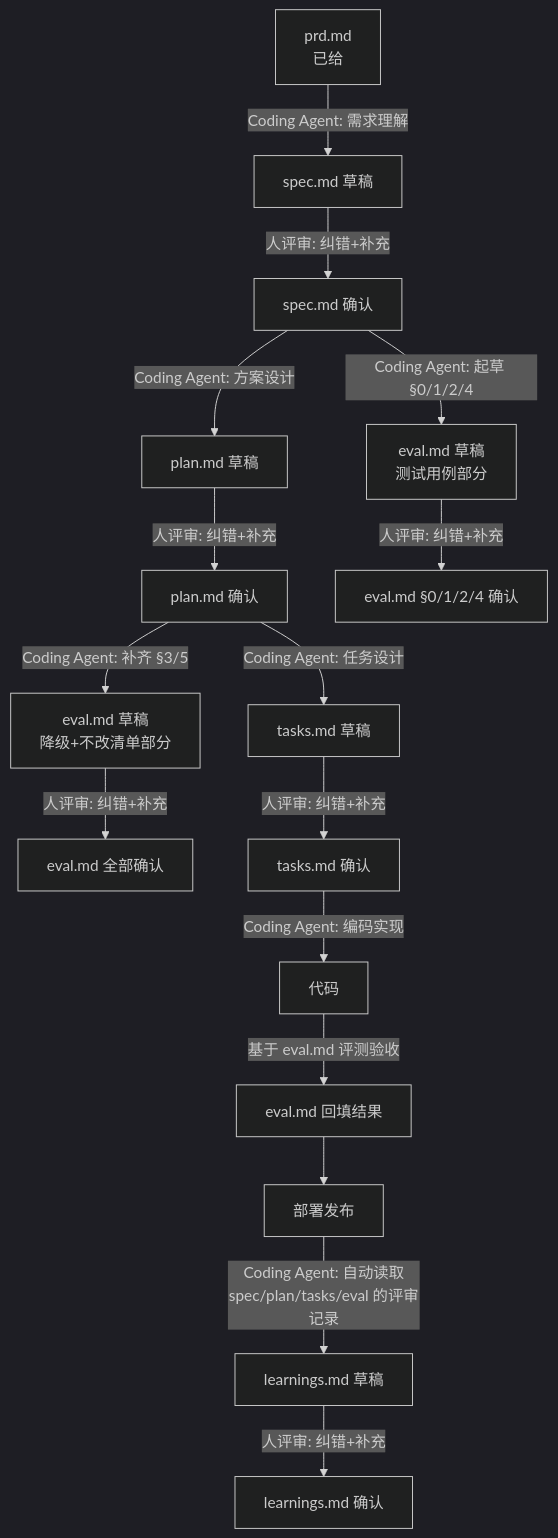
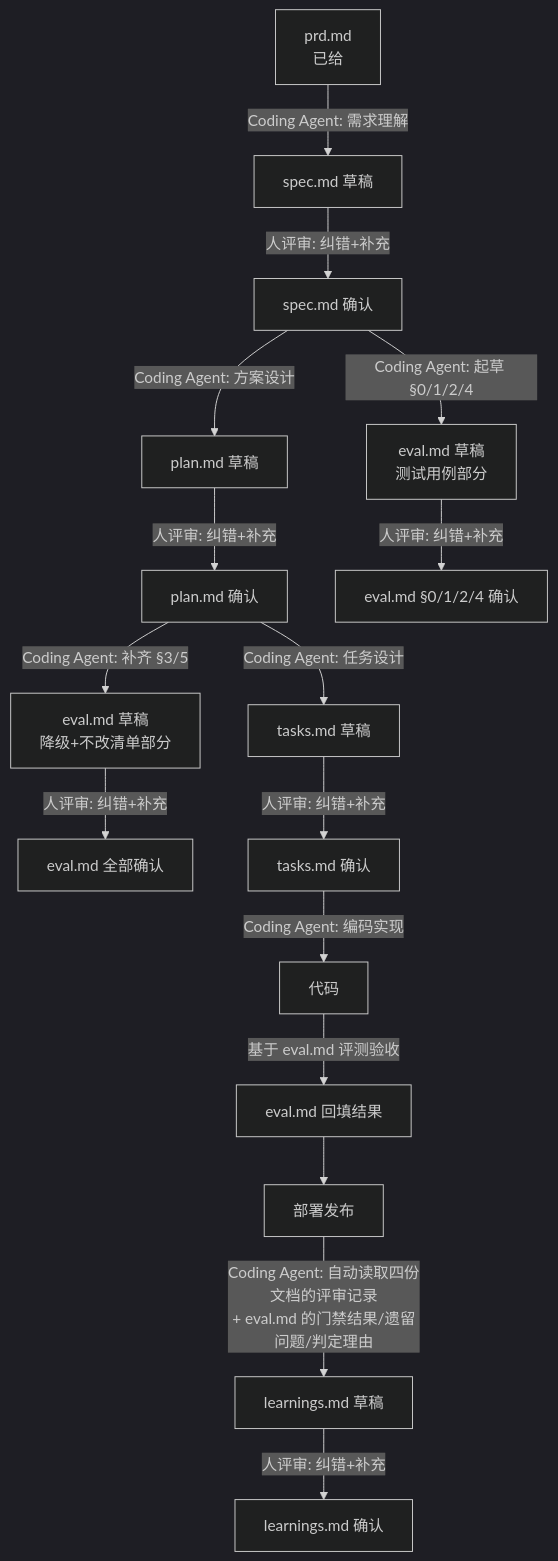
The diagram in README.md (xjtai/zszc_ai_coding), drawn with Mermaid (dark theme) before and after one commit. The commit also changed other lines of this file and 3 other files, not shown here.

First line of the commit message:
Ensure eval.md's review findings and results feed into learnings.md

````diff
--- a/README.md
+++ b/README.md
@@ -9,18 +9,18 @@
 ```mermaid
 flowchart TD
     P[prd.md<br/>已给] -->|Coding Agent: 需求理解| S1[spec.md 草稿]
     S1 -->|人评审: 纠错+补充| S2[spec.md 确认]
     S2 -->|Coding Agent: 方案设计| PL1[plan.md 草稿]
     S2 -->|Coding Agent: 起草 §0/1/2/4| EV1[eval.md 草稿<br/>测试用例部分]
     PL1 -->|人评审: 纠错+补充| PL2[plan.md 确认]
     EV1 -->|人评审: 纠错+补充| EV2[eval.md §0/1/2/4 确认]
     PL2 -->|Coding Agent: 补齐 §3/5| EV3[eval.md 草稿<br/>降级+不改清单部分]
     PL2 -->|Coding Agent: 任务设计| T1[tasks.md 草稿]
     EV3 -->|人评审: 纠错+补充| EV4[eval.md 全部确认]
     T1 -->|人评审: 纠错+补充| T2[tasks.md 确认]
     T2 -->|Coding Agent: 编码实现| CODE[代码]
     CODE -->|基于 eval.md 评测验收| EVAL[eval.md 回填结果]
     EVAL --> DEPLOY[部署发布]
-    DEPLOY -->|Coding Agent: 自动读取<br/>spec/plan/tasks/eval 的评审记录| L1[learnings.md 草稿]
+    DEPLOY -->|Coding Agent: 自动读取四份文档的评审记录<br/>+ eval.md 的门禁结果/遗留问题/判定理由| L1[learnings.md 草稿]
     L1 -->|人评审: 纠错+补充| L2[learnings.md 确认]
 ```
````
